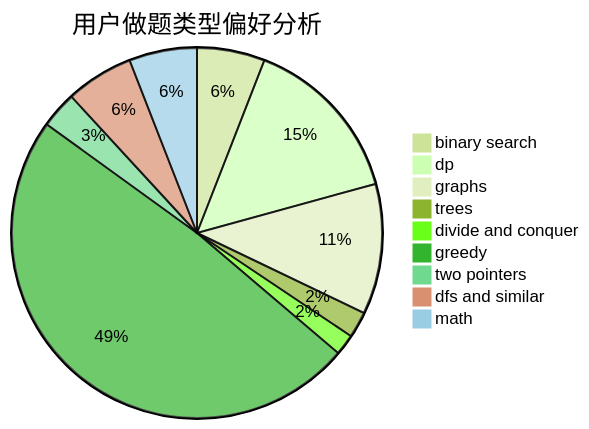
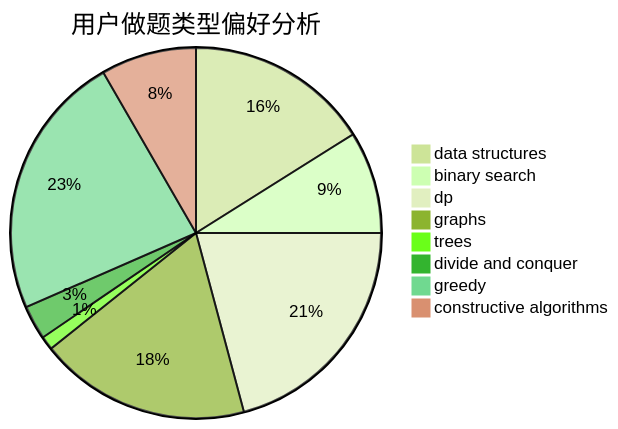
The second of 3 diagrams in docs/user/u645.md (sherpahu/cfrs.github.io), drawn with Mermaid (forest theme) before and after one commit. The commit also changed other lines of this file and 2775 other files, not shown here.

````diff
--- a/docs/user/u645.md
+++ b/docs/user/u645.md
@@ -23,12 +23,11 @@
 ```mermaid
 pie title 用户做题类型偏好分析
-    "binary search" :  26
-    "dp" :  65
-    "graphs" :  50
-    "trees" :  10
-    "divide and conquer" :  8
-    "greedy" :  214
-    "two pointers" :  14
-    "dfs and similar" :  26
-    "math" :  26
+    "data structures" :  27
+    "binary search" :  15
+    "dp" :  35
+    "graphs" :  31
+    "trees" :  2
+    "divide and conquer" :  5
+    "greedy" :  39
+    "constructive algorithms" :  14
 ```
````
